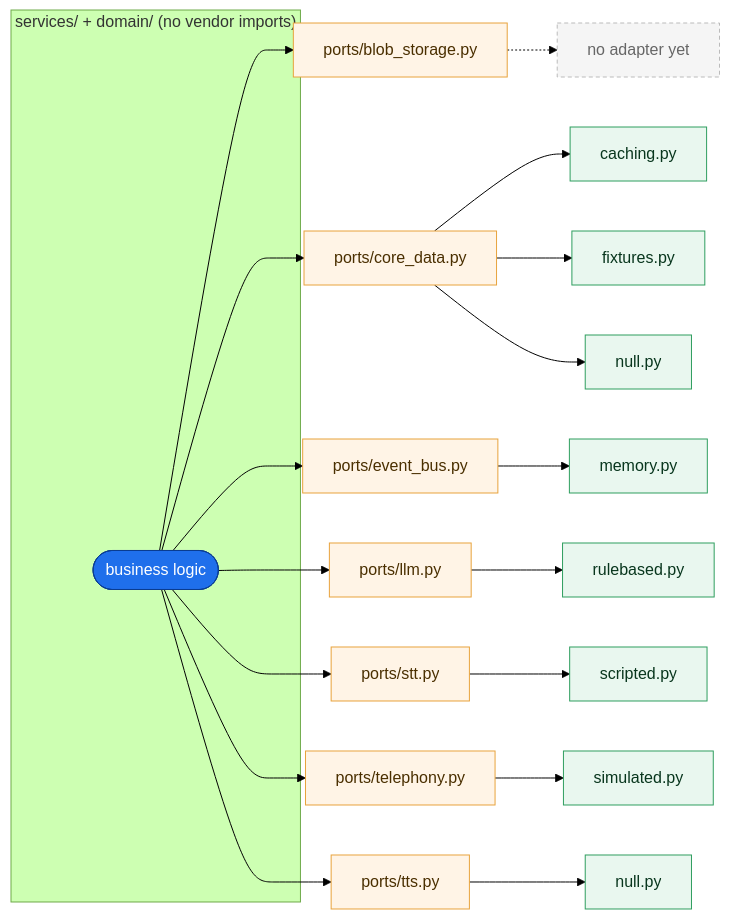
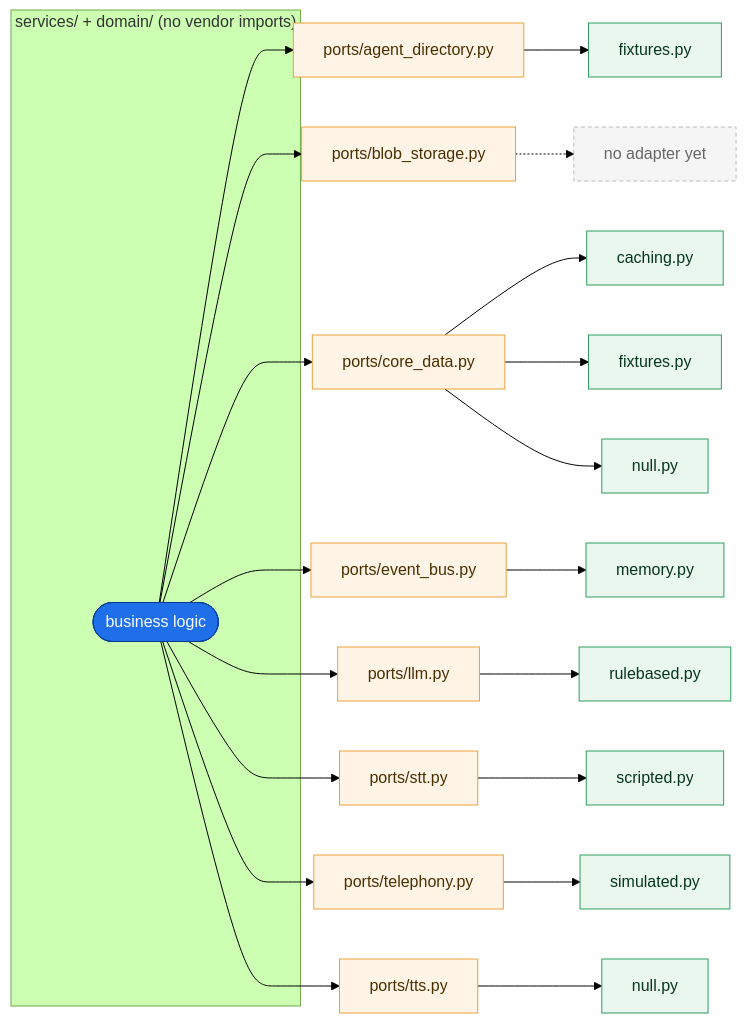
The diagram in docs/diagrams/src/ports_adapters.mmd (anakom-suvonvorn/Krungsri-ReadyCall), drawn with Mermaid (forest theme) before and after one commit. The commit also changed 23 other files, not shown here.

```diff
--- a/docs/diagrams/src/ports_adapters.mmd
+++ b/docs/diagrams/src/ports_adapters.mmd
@@ -1,26 +1,28 @@
 %% GENERATED by scripts/gen_diagrams.py - do not edit by hand.
 %% Source of truth: src/readycall/ports/ + adapters/ on disk
 flowchart LR
     subgraph core["services/ + domain/ (no vendor imports)"]
         logic([business logic]):::core
     end
+    logic --> P_agent_directory["ports/agent_directory.py"]:::port
+    P_agent_directory --> A_agent_directory_fixtures["fixtures.py"]:::adapter
     logic --> P_blob_storage["ports/blob_storage.py"]:::port
     P_blob_storage -.-> A_blob_storage_none["no adapter yet"]:::todo
     logic --> P_core_data["ports/core_data.py"]:::port
     P_core_data --> A_core_data_caching["caching.py"]:::adapter
     P_core_data --> A_core_data_fixtures["fixtures.py"]:::adapter
     P_core_data --> A_core_data_null["null.py"]:::adapter
     logic --> P_event_bus["ports/event_bus.py"]:::port
     P_event_bus --> A_event_bus_memory["memory.py"]:::adapter
     logic --> P_llm["ports/llm.py"]:::port
     P_llm --> A_llm_rulebased["rulebased.py"]:::adapter
     logic --> P_stt["ports/stt.py"]:::port
     P_stt --> A_stt_scripted["scripted.py"]:::adapter
     logic --> P_telephony["ports/telephony.py"]:::port
     P_telephony --> A_telephony_simulated["simulated.py"]:::adapter
     logic --> P_tts["ports/tts.py"]:::port
     P_tts --> A_tts_null["null.py"]:::adapter
     classDef core fill:#1f6feb,stroke:#0b3d91,color:#fff
     classDef port fill:#fff4e6,stroke:#e8a33d,color:#4a2f00
     classDef adapter fill:#e9f7ef,stroke:#2f9e5f,color:#08361d
     classDef todo fill:#f5f5f5,stroke:#bbb,color:#666,stroke-dasharray:4 3
```
